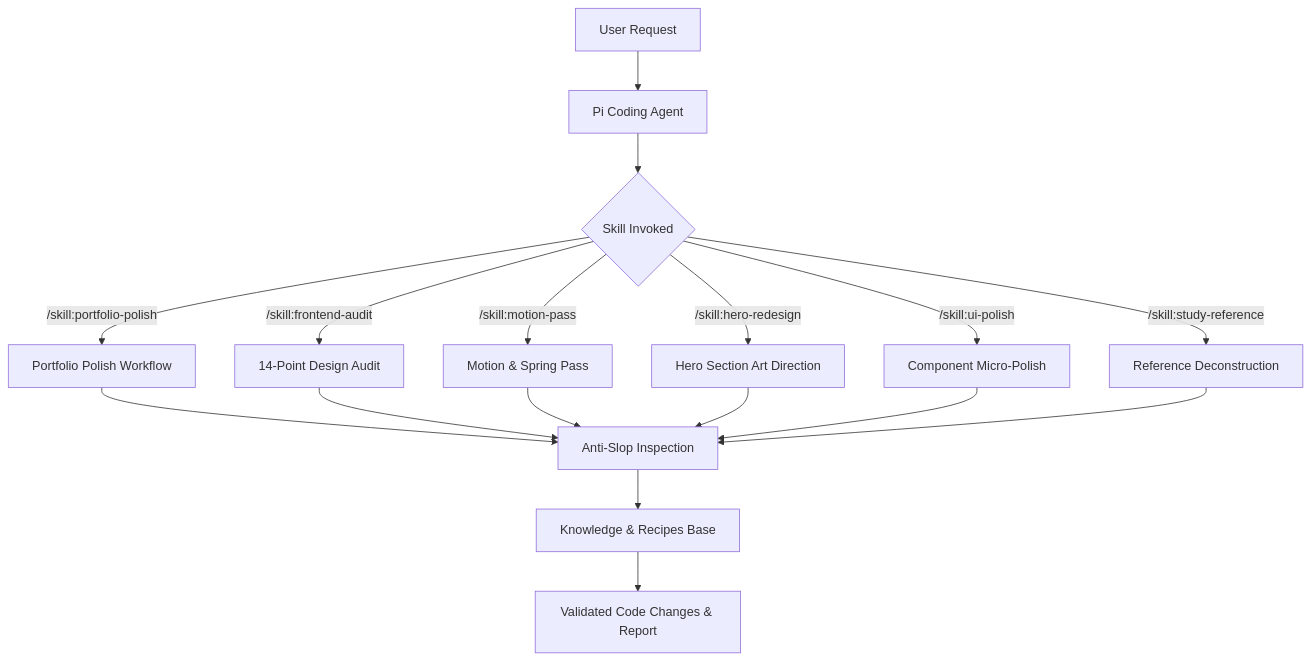
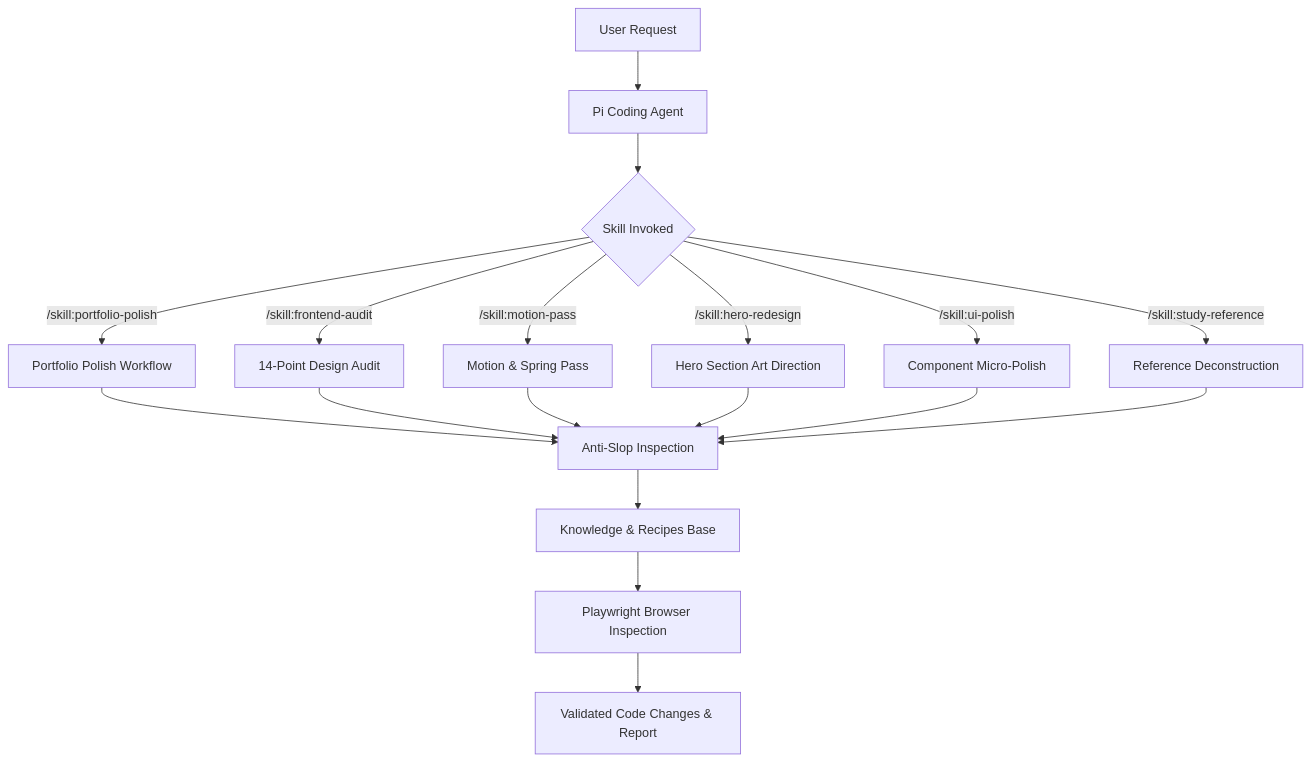
The diagram in README.md (kerwinarlan/frontend-design-intelligence), drawn with Mermaid before and after one commit. The commit also changed other lines of this file and 38 other files, not shown here.

Commit message:
feat(hardening): phase 2 research expansion, playwright browser inspector, and fixture evaluations

````diff
--- a/README.md
+++ b/README.md
@@ -33,16 +33,17 @@
 ```mermaid
 graph TD
     A[User Request] --> B[Pi Coding Agent]
     B --> C{Skill Invoked}
 
     C -->|/skill:portfolio-polish| D[Portfolio Polish Workflow]
     C -->|/skill:frontend-audit| E[14-Point Design Audit]
     C -->|/skill:motion-pass| F[Motion & Spring Pass]
     C -->|/skill:hero-redesign| G[Hero Section Art Direction]
     C -->|/skill:ui-polish| H[Component Micro-Polish]
     C -->|/skill:study-reference| I[Reference Deconstruction]
 
     D & E & F & G & H & I --> J[Anti-Slop Inspection]
     J --> K[Knowledge & Recipes Base]
-    K --> L[Validated Code Changes & Report]
+    K --> L[Playwright Browser Inspection]
+    L --> M[Validated Code Changes & Report]
 ```
````
